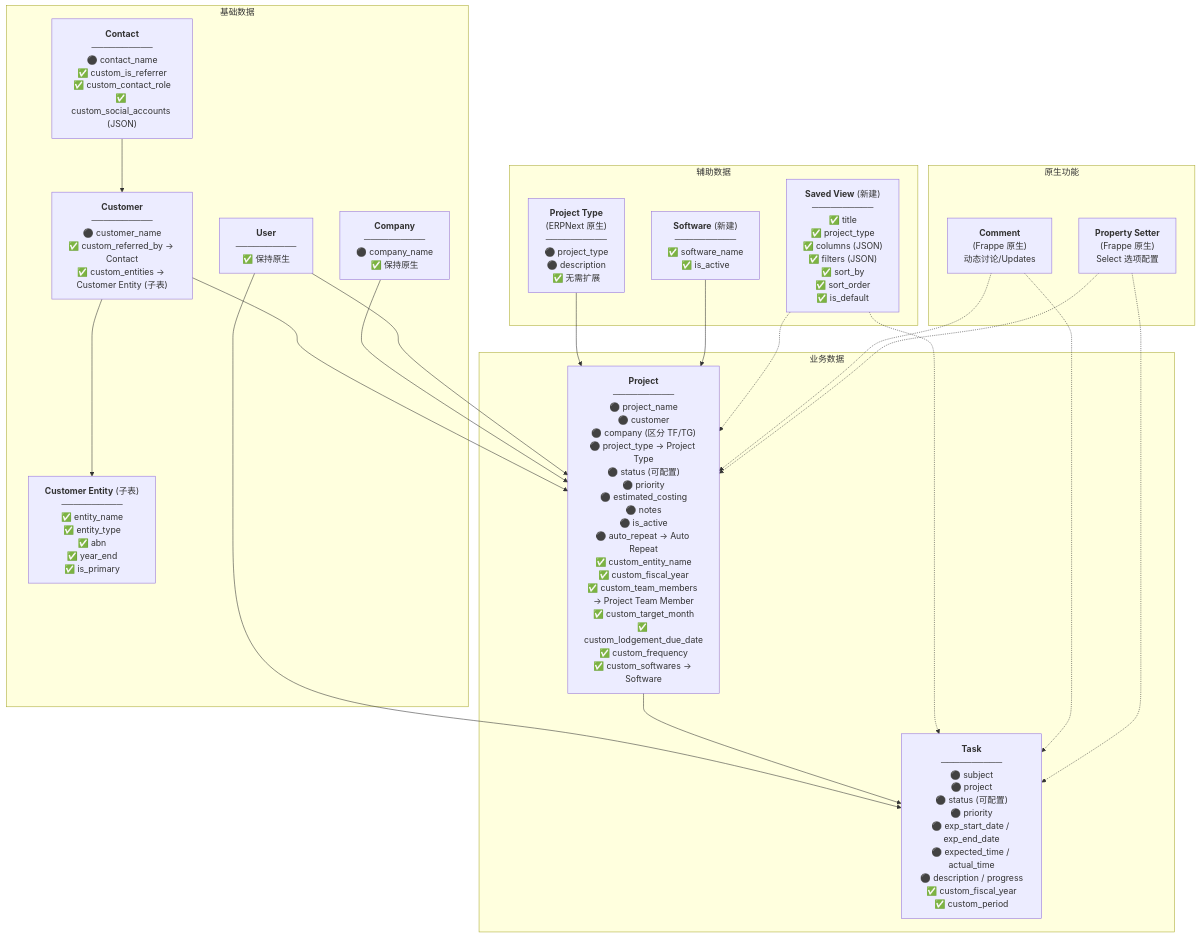
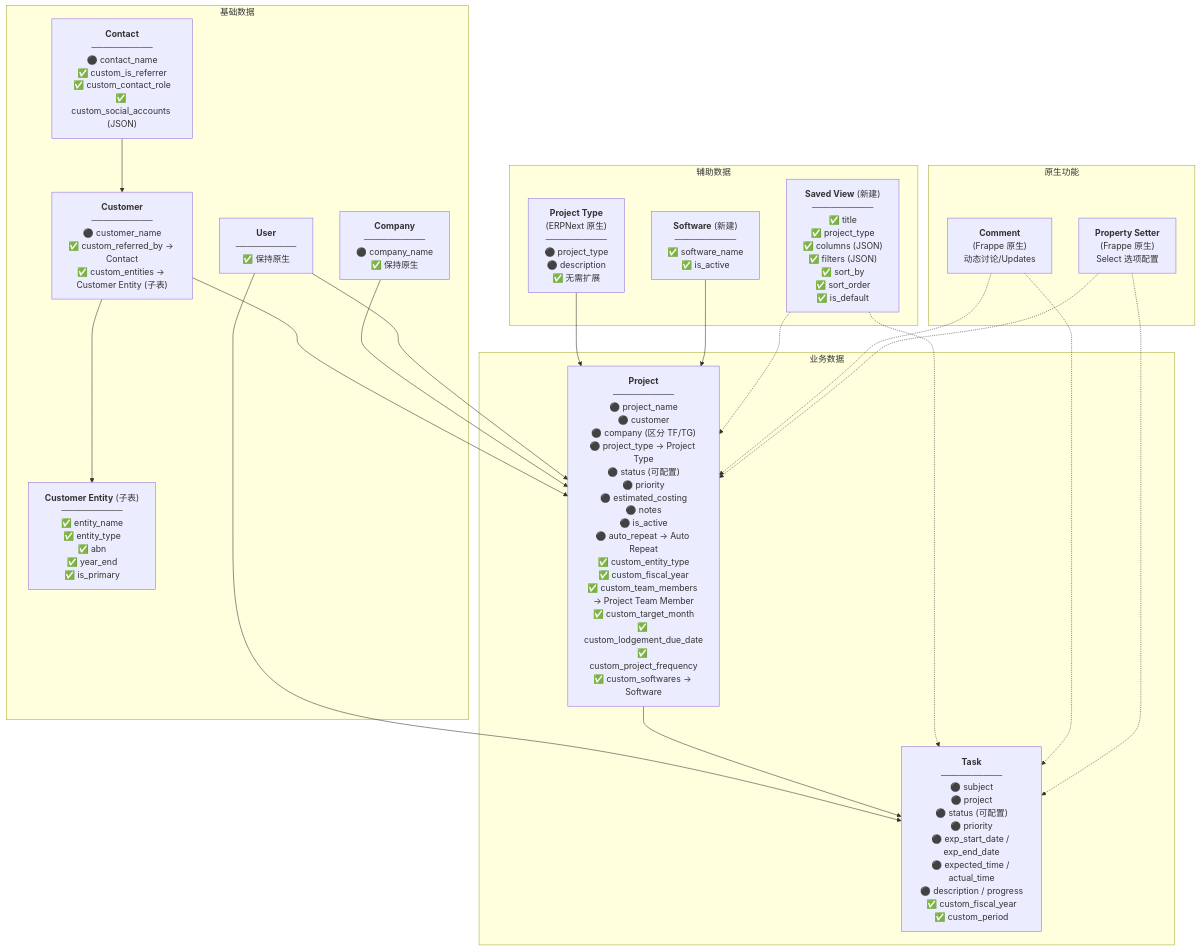
The third of 4 diagrams in docs/A_Data_Model_Assessment.md (Top-Figures-Business-Solution-Pty-Ltd/Smart-Accounting-SaaS-Platform), drawn with Mermaid before and after one commit. The commit also changed other lines of this file and 8 other files, not shown here.

````diff
--- a/docs/A_Data_Model_Assessment.md
+++ b/docs/A_Data_Model_Assessment.md
@@ -272,51 +272,51 @@
 ```mermaid
 flowchart TB
     subgraph 基础数据
         CUSTOMER["<b>Customer</b><br/>──────────<br/>⚫ customer_name<br/>✅ custom_referred_by → Contact<br/>✅ custom_entities → Customer Entity (子表)"]
         
         CONTACT["<b>Contact</b><br/>──────────<br/>⚫ contact_name<br/>✅ custom_is_referrer<br/>✅ custom_contact_role<br/>✅ custom_social_accounts (JSON)"]
         
         CUST_ENTITY["<b>Customer Entity</b> (子表)<br/>──────────<br/>✅ entity_name<br/>✅ entity_type<br/>✅ abn<br/>✅ year_end<br/>✅ is_primary"]
         
         COMPANY["<b>Company</b><br/>──────────<br/>⚫ company_name<br/>✅ 保持原生"]
         
         USER["<b>User</b><br/>──────────<br/>✅ 保持原生"]
     end
     
     subgraph 业务数据
-        PROJ["<b>Project</b><br/>──────────<br/>⚫ project_name<br/>⚫ customer<br/>⚫ company (区分 TF/TG)<br/>⚫ project_type → Project Type<br/>⚫ status (可配置)<br/>⚫ priority<br/>⚫ estimated_costing<br/>⚫ notes<br/>⚫ is_active<br/>⚫ auto_repeat → Auto Repeat<br/>✅ custom_entity_name<br/>✅ custom_fiscal_year<br/>✅ custom_team_members → Project Team Member<br/>✅ custom_target_month<br/>✅ custom_lodgement_due_date<br/>✅ custom_frequency<br/>✅ custom_softwares → Software"]
+        PROJ["<b>Project</b><br/>──────────<br/>⚫ project_name<br/>⚫ customer<br/>⚫ company (区分 TF/TG)<br/>⚫ project_type → Project Type<br/>⚫ status (可配置)<br/>⚫ priority<br/>⚫ estimated_costing<br/>⚫ notes<br/>⚫ is_active<br/>⚫ auto_repeat → Auto Repeat<br/>✅ custom_entity_type<br/>✅ custom_fiscal_year<br/>✅ custom_team_members → Project Team Member<br/>✅ custom_target_month<br/>✅ custom_lodgement_due_date<br/>✅ custom_project_frequency<br/>✅ custom_softwares → Software"]
         
         TASK["<b>Task</b><br/>──────────<br/>⚫ subject<br/>⚫ project<br/>⚫ status (可配置)<br/>⚫ priority<br/>⚫ exp_start_date / exp_end_date<br/>⚫ expected_time / actual_time<br/>⚫ description / progress<br/>✅ custom_fiscal_year<br/>✅ custom_period"]
     end
     
     subgraph 辅助数据
         SV["<b>Saved View</b> (新建)<br/>──────────<br/>✅ title<br/>✅ project_type<br/>✅ columns (JSON)<br/>✅ filters (JSON)<br/>✅ sort_by<br/>✅ sort_order<br/>✅ is_default"]
         
         PT["<b>Project Type</b><br/>(ERPNext 原生)<br/>──────────<br/>⚫ project_type<br/>⚫ description<br/>✅ 无需扩展"]
         
         SW["<b>Software</b> (新建)<br/>──────────<br/>✅ software_name<br/>✅ is_active"]
     end
     
     subgraph 原生功能
         CMT["<b>Comment</b><br/>(Frappe 原生)<br/>动态讨论/Updates"]
         PS["<b>Property Setter</b><br/>(Frappe 原生)<br/>Select 选项配置"]
     end
     
     CONTACT --> CUSTOMER
     CUSTOMER --> CUST_ENTITY
     CUSTOMER --> PROJ
     COMPANY --> PROJ
     USER --> PROJ
     USER --> TASK
     PROJ --> TASK
     
     PT --> PROJ
     SW --> PROJ
     
     SV -.-> PROJ
     SV -.-> TASK
     CMT -.-> PROJ
     CMT -.-> TASK
     PS -.-> PROJ
     PS -.-> TASK
 ```
````
